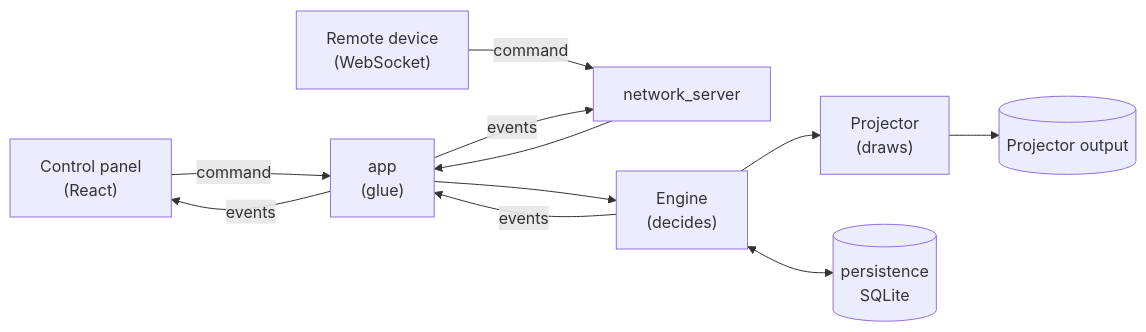
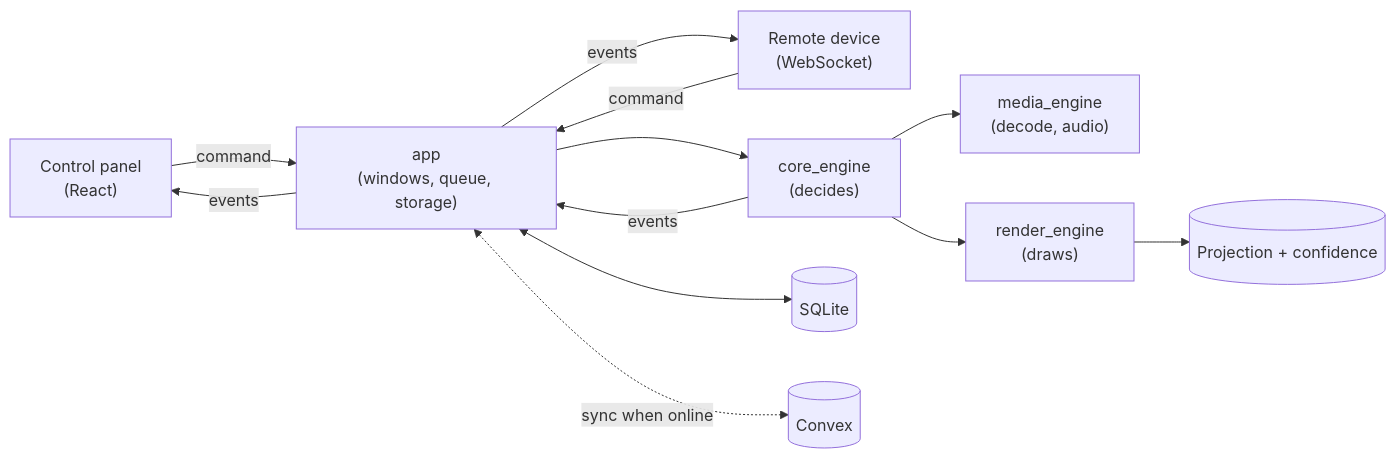
One commit to jabezdev/projection changed the diagram in ARCHITECTURE.md. Above: the diagram before and after it, drawn with Mermaid. The commit also changed other lines of this file and 38 other files, not shown here.

````diff
--- a/ARCHITECTURE.md
+++ b/ARCHITECTURE.md
@@ -7,9 +22,12 @@
 ```mermaid
 flowchart LR
     UI["Control panel<br/>(React)"] -- command --> App
-    Remote["Remote device<br/>(WebSocket)"] -- command --> Net[network_server] --> App
-    App["app<br/>(glue)"] --> Engine["Engine<br/>(decides)"]
-    Engine --> Projector["Projector<br/>(draws)"] --> Screen[(Projector output)]
-    Engine <--> DB[(persistence<br/>SQLite)]
-    Engine -- events --> App -- events --> UI & Net
+    Remote["Remote device<br/>(WebSocket)"] -- command --> App
+    App["app<br/>(windows, queue, storage)"] --> Engine["core_engine<br/>(decides)"]
+    Engine --> Media["media_engine<br/>(decode, audio)"]
+    Engine --> Render["render_engine<br/>(draws)"]
+    Render --> Screens[(Projection + confidence)]
+    App <--> DB[(SQLite)]
+    Engine -- events --> App -- events --> UI & Remote
+    App <-. sync when online .-> Cloud[(Convex)]
 ```
````
